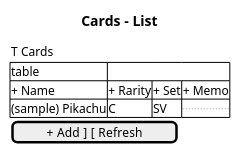
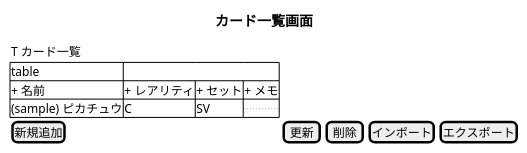
One commit to nilg5120/cardproFlutter changed the diagram in docs/uml/wireframes/cards_list.puml. Above: the diagram before and after it, drawn with PlantUML. The commit also changed 7 other files, not shown here.

```diff
--- a/docs/uml/wireframes/cards_list.puml
+++ b/docs/uml/wireframes/cards_list.puml
@@ -1,14 +1,14 @@
 @startuml
-title Cards - List
+title カード一覧画面
 
 salt
 {
-  {T Cards}
+  {T カード一覧}
   {#table
-    + Name | + Rarity | + Set | + Memo
-    (sample) Pikachu | C | SV | ...
+    + 名前 | + レアリティ | + セット | + メモ
+    (sample) ピカチュウ | C | SV | ...
   }
-  [ + Add ]  [ Refresh ]
+  [ 新規追加 ] | [ 更新 ] | [ 削除 ] | [ インポート ] | [ エクスポート ]
 }
 
 @enduml
```
